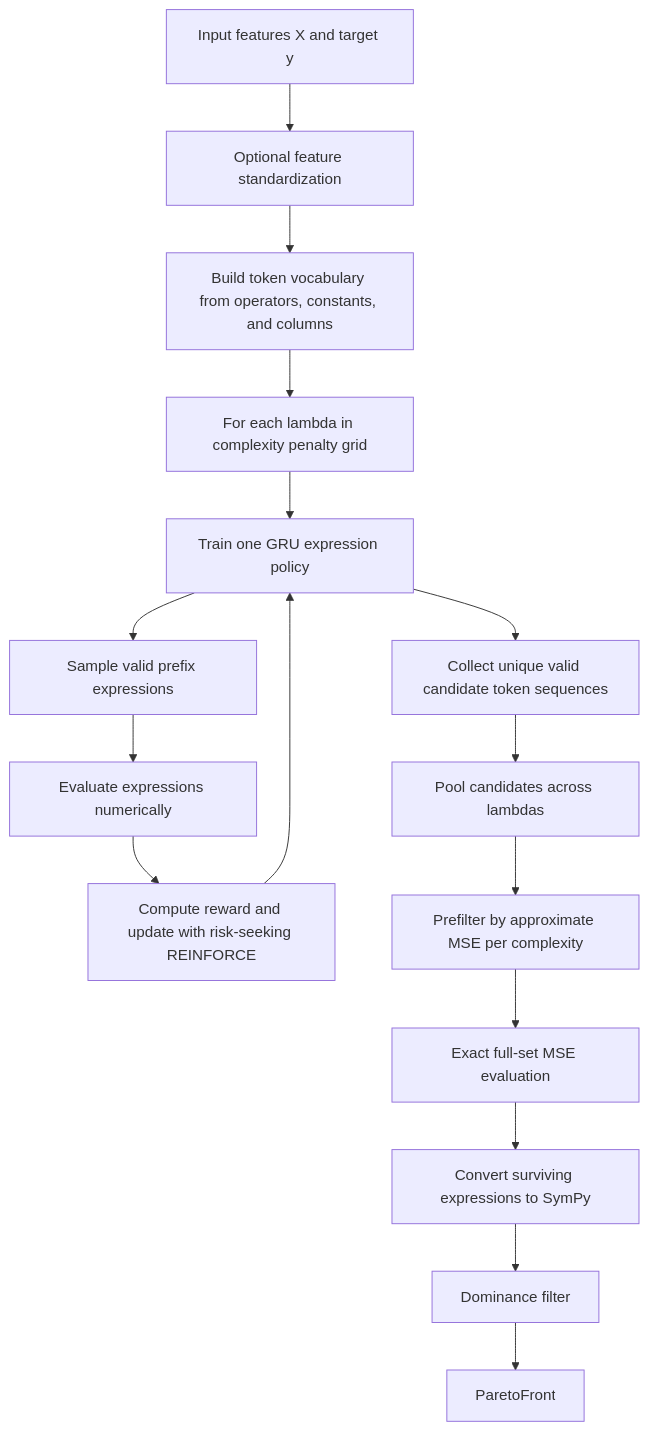
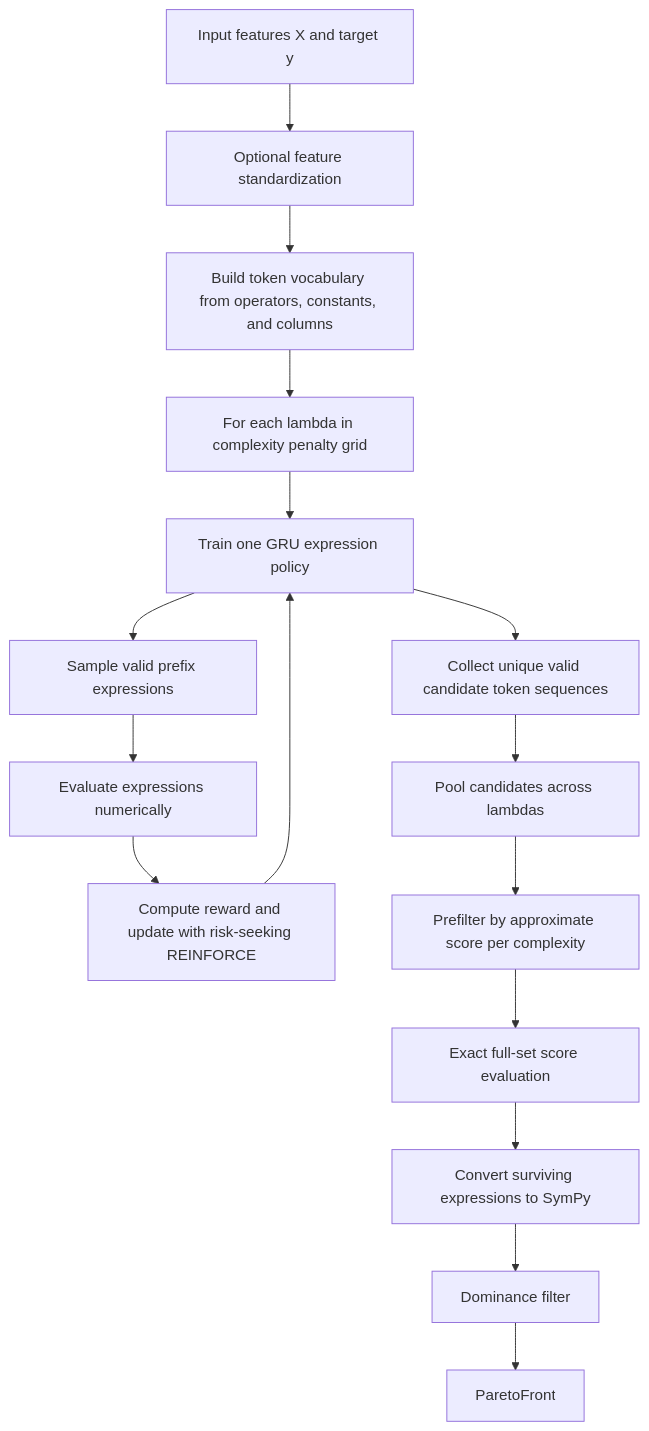
The first of 10 diagrams in docs/methodology.md (kpapmath/nsr-engine), drawn with Mermaid before and after one commit. The commit also changed other lines of this file and 6 other files, not shown here.

````diff
--- a/docs/methodology.md
+++ b/docs/methodology.md
@@ -11,18 +11,18 @@
 ```mermaid
 flowchart TD
     A[Input features X and target y] --> B[Optional feature standardization]
     B --> C[Build token vocabulary from operators, constants, and columns]
     C --> D[For each lambda in complexity penalty grid]
     D --> E[Train one GRU expression policy]
     E --> F[Sample valid prefix expressions]
     F --> G[Evaluate expressions numerically]
     G --> H[Compute reward and update with risk-seeking REINFORCE]
     H --> E
     E --> I[Collect unique valid candidate token sequences]
     I --> J[Pool candidates across lambdas]
-    J --> K[Prefilter by approximate MSE per complexity]
-    K --> L[Exact full-set MSE evaluation]
+    J --> K[Prefilter by approximate score per complexity]
+    K --> L[Exact full-set score evaluation]
     L --> M[Convert surviving expressions to SymPy]
     M --> N[Dominance filter]
     N --> O[ParetoFront]
 ```
````
